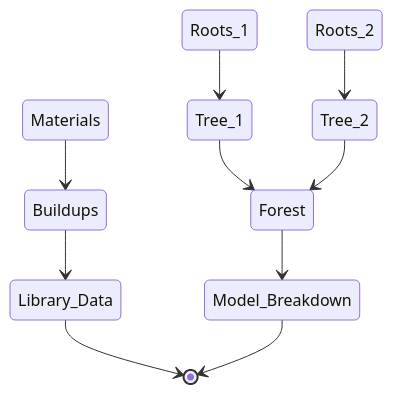
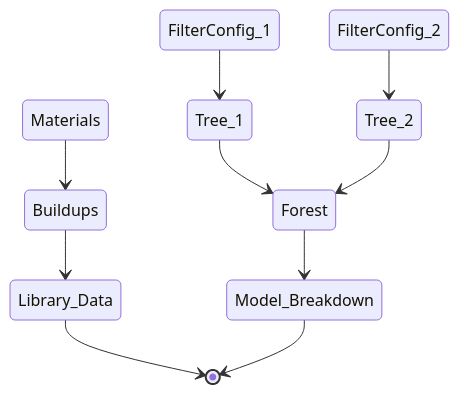
The first of 7 diagrams in README.md (herzogdemeuron/calc), drawn with Mermaid before and after one commit. The commit also changed other lines of this file, not shown here.

````diff
--- a/README.md
+++ b/README.md
@@ -50,12 +50,12 @@
 ```mermaid
 stateDiagram-v2
     Materials --> Buildups
     Buildups --> Library_Data
-    Roots_1 --> Tree_1
-    Roots_2 --> Tree_2
+    FilterConfig_1 --> Tree_1
+    FilterConfig_2 --> Tree_2
     Tree_1 --> Forest
     Tree_2 --> Forest
     Forest--> Model_Breakdown
     Library_Data --> [*]
     Model_Breakdown --> [*]
 ```  
````
